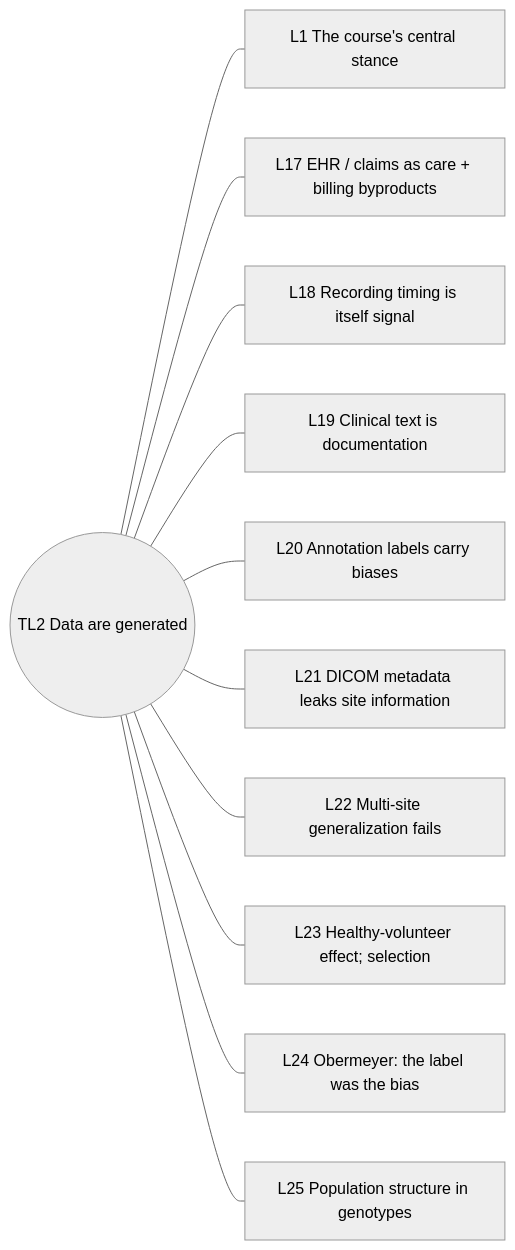
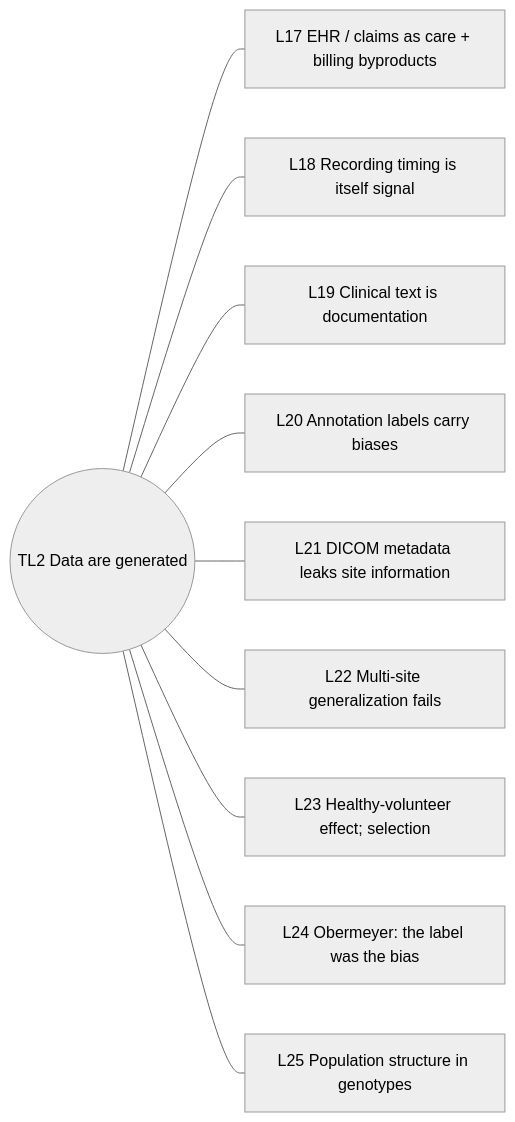
The third of 7 diagrams in book/concept_map.md (mmcdermott/binf4002_jupyterbook), drawn with Mermaid (neutral theme) before and after one commit. The commit also changed other lines of this file and 2088 other files, not shown here.

````diff
--- a/book/concept_map.md
+++ b/book/concept_map.md
@@ -120,14 +121,13 @@
 ```{mermaid}
 graph LR
   TL2((TL2 Data are generated))
-  TL2 --- L1[L1 The course's central stance]
   TL2 --- L17[L17 EHR / claims as care + billing byproducts]
   TL2 --- L18[L18 Recording timing is itself signal]
   TL2 --- L19[L19 Clinical text is documentation]
   TL2 --- L20[L20 Annotation labels carry biases]
   TL2 --- L21[L21 DICOM metadata leaks site information]
   TL2 --- L22[L22 Multi-site generalization fails]
   TL2 --- L23[L23 Healthy-volunteer effect; selection]
   TL2 --- L24[L24 Obermeyer: the label was the bias]
   TL2 --- L25[L25 Population structure in genotypes]
 ```
````
